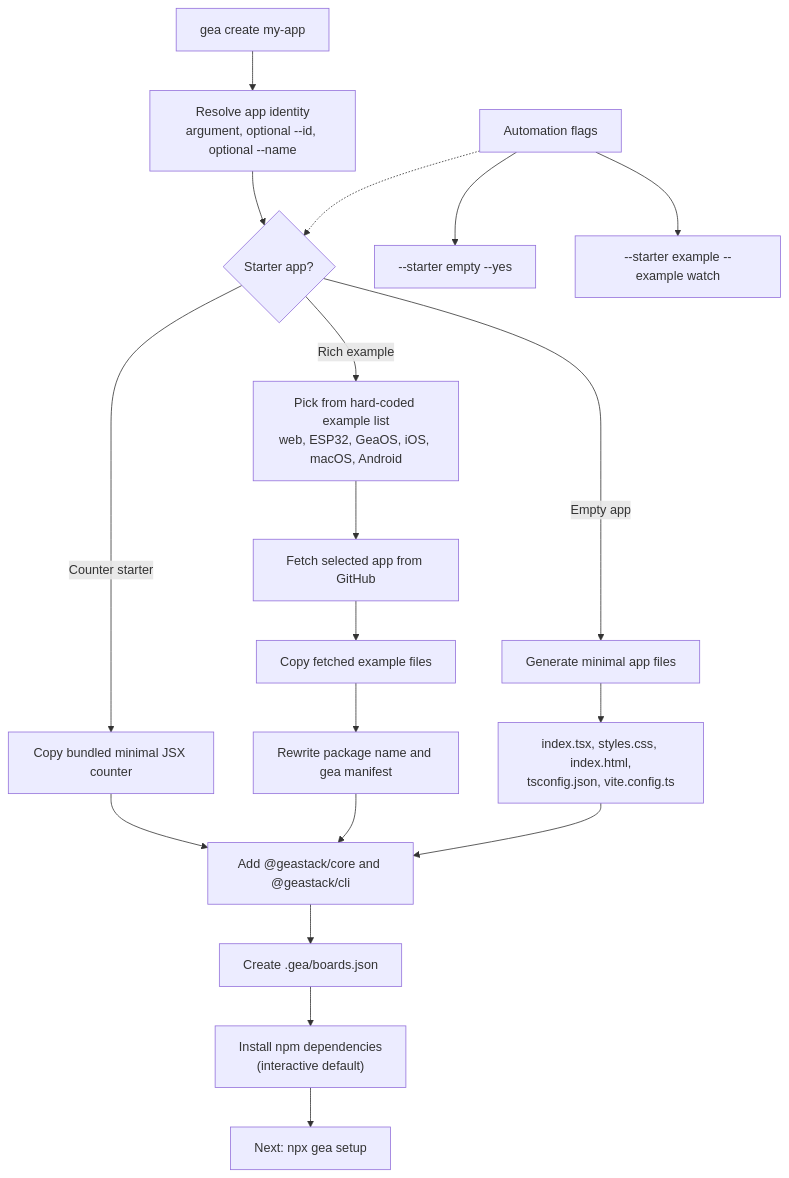
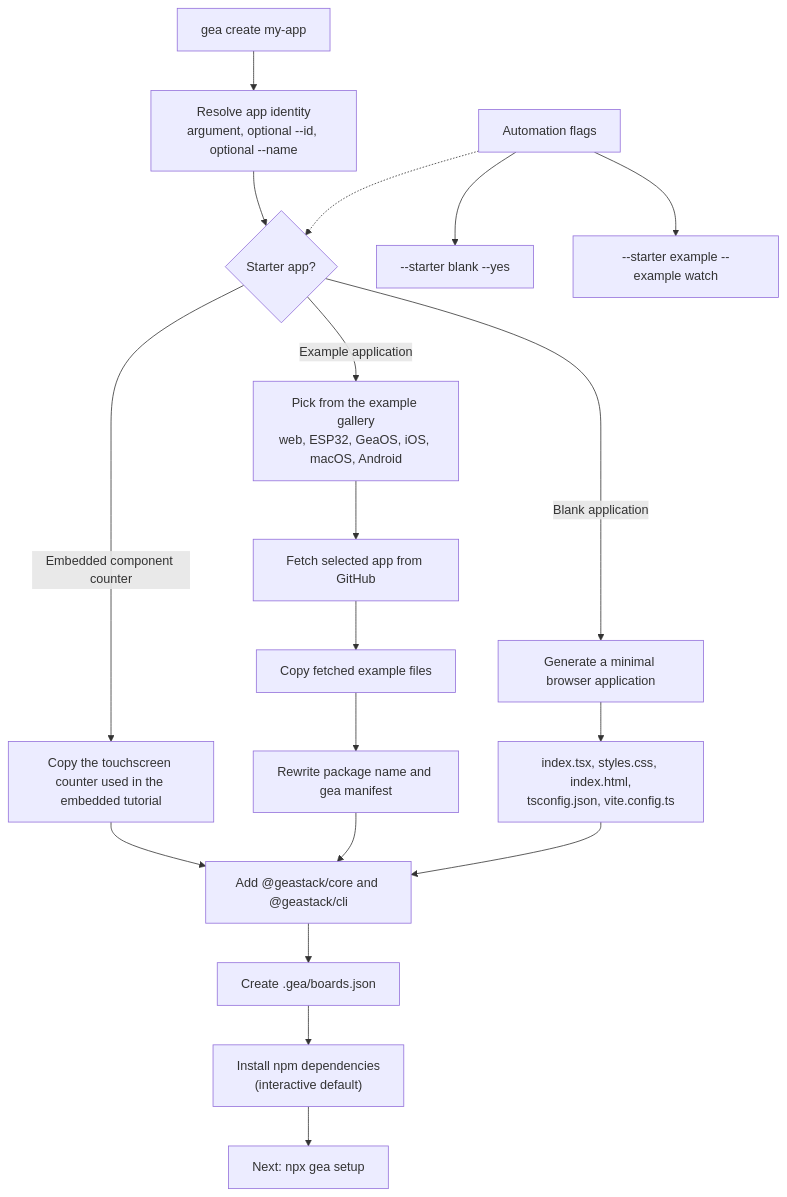
One commit to geastack/cli changed the first of 2 diagrams in README.md. Above: the diagram before and after it, drawn with Mermaid. The commit also changed other lines of this file and 21 other files, not shown here.

````diff
--- a/README.md
+++ b/README.md
@@ -27,26 +27,26 @@
 ```mermaid
 flowchart TD
   create["gea create my-app"] --> identity["Resolve app identity<br/>argument, optional --id, optional --name"]
   identity --> starter{"Starter app?"}
 
-  starter -->|"Counter starter"| counter["Copy bundled minimal JSX counter"]
+  starter -->|"Embedded component counter"| counter["Copy the touchscreen counter used in the embedded tutorial"]
 
-  starter -->|"Empty app"| empty["Generate minimal app files"]
+  starter -->|"Blank application"| empty["Generate a minimal browser application"]
   empty --> emptyFiles["index.tsx, styles.css, index.html,<br/>tsconfig.json, vite.config.ts"]
 
-  starter -->|"Rich example"| pickExample["Pick from hard-coded example list<br/>web, ESP32, GeaOS, iOS, macOS, Android"]
+  starter -->|"Example application"| pickExample["Pick from the example gallery<br/>web, ESP32, GeaOS, iOS, macOS, Android"]
   pickExample --> fetchExample["Fetch selected app from GitHub"]
   fetchExample --> copyExample["Copy fetched example files"]
   copyExample --> rewriteExample["Rewrite package name and gea manifest"]
 
   counter --> projectWiring["Add @geastack/core and @geastack/cli"]
   rewriteExample --> projectWiring["Add @geastack/core and @geastack/cli"]
   emptyFiles --> projectWiring
   projectWiring --> boardConfig["Create .gea/boards.json"]
   boardConfig --> install["Install npm dependencies<br/>(interactive default)"]
   install --> setup["Next: npx gea setup"]
 
   auto["Automation flags"] -.-> starter
-  auto --> autoEmpty["--starter empty --yes"]
+  auto --> autoEmpty["--starter blank --yes"]
   auto --> autoExample["--starter example --example watch"]
 ```
````
